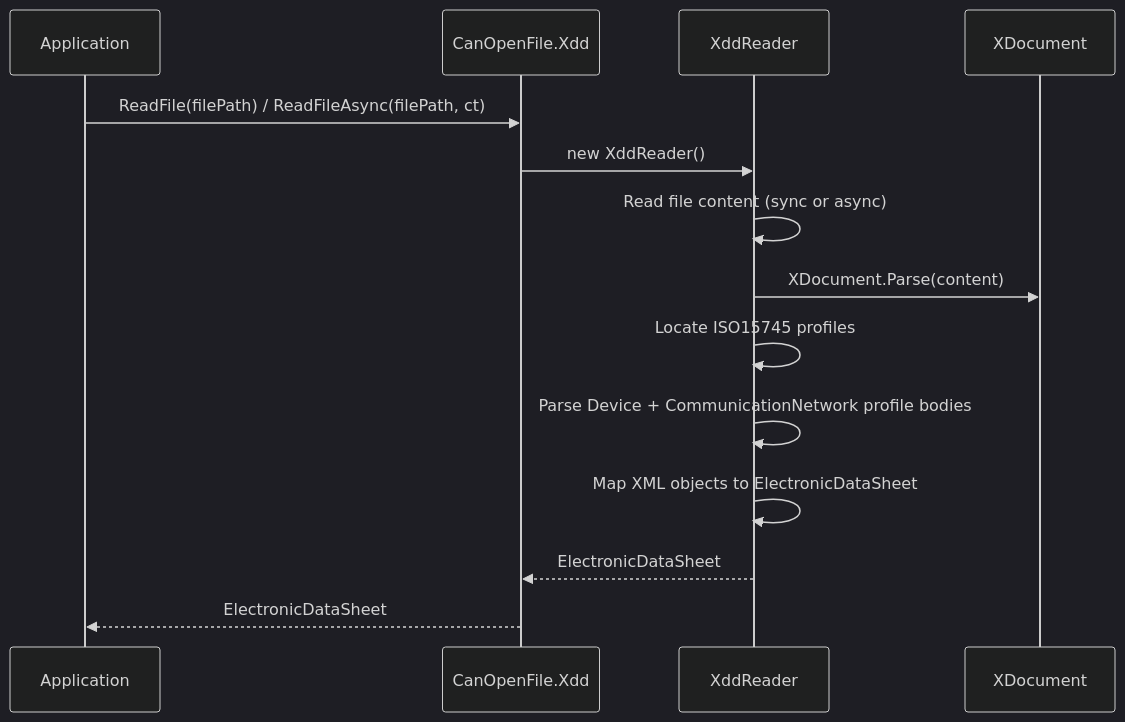
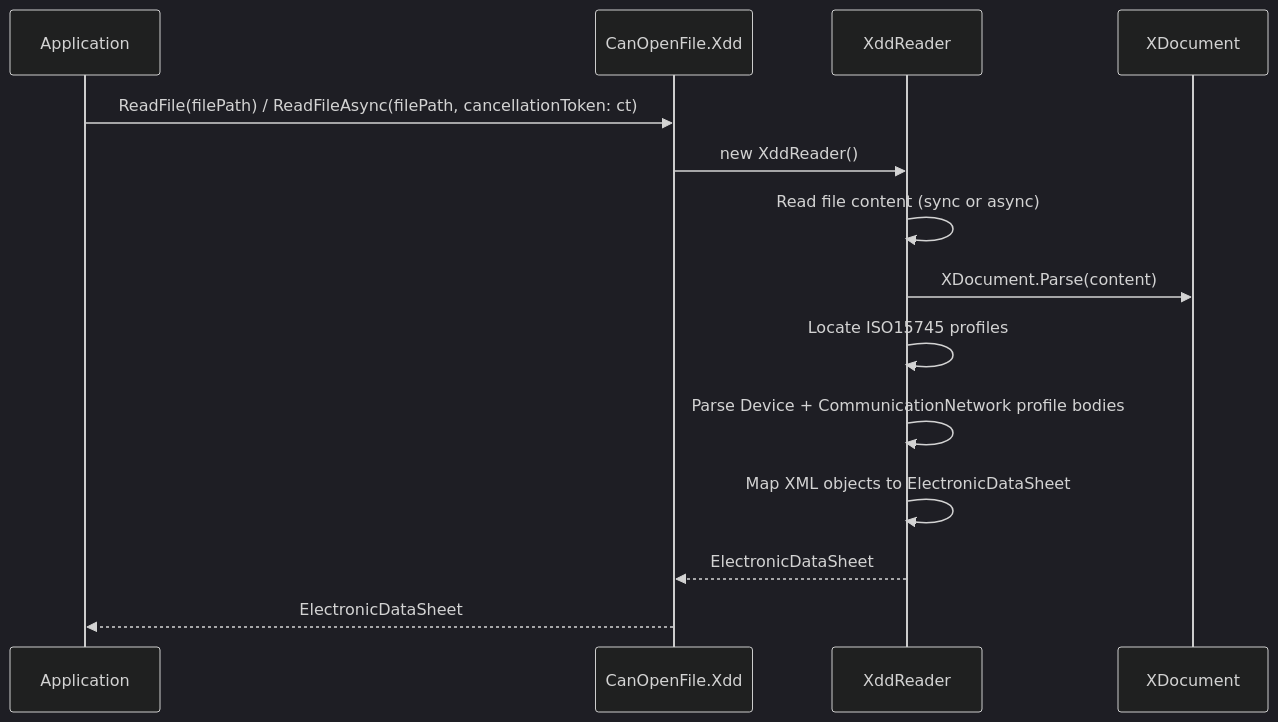
One commit to dborgards/eds-dcf-net changed the seventh of 9 diagrams in docs/architecture/06-runtime-view.md. Above: the diagram before and after it, drawn with Mermaid (dark theme). The commit also changed other lines of this file and 1 other file, not shown here.

First line of the commit message:
docs: fix async call shapes and narrow thread-safety test claim (#547)

````diff
--- a/docs/architecture/06-runtime-view.md
+++ b/docs/architecture/06-runtime-view.md
@@ -168,17 +168,17 @@
 ```mermaid
 sequenceDiagram
     participant App as Application
     participant CF as CanOpenFile.Xdd
     participant XR as XddReader
     participant XML as XDocument
 
-    App->>CF: ReadFile(filePath) / ReadFileAsync(filePath, ct)
+    App->>CF: ReadFile(filePath) / ReadFileAsync(filePath, cancellationToken: ct)
     CF->>XR: new XddReader()
     XR->>XR: Read file content (sync or async)
     XR->>XML: XDocument.Parse(content)
     XR->>XR: Locate ISO15745 profiles
     XR->>XR: Parse Device + CommunicationNetwork profile bodies
     XR->>XR: Map XML objects to ElectronicDataSheet
     XR-->>CF: ElectronicDataSheet
     CF-->>App: ElectronicDataSheet
 ```
````
